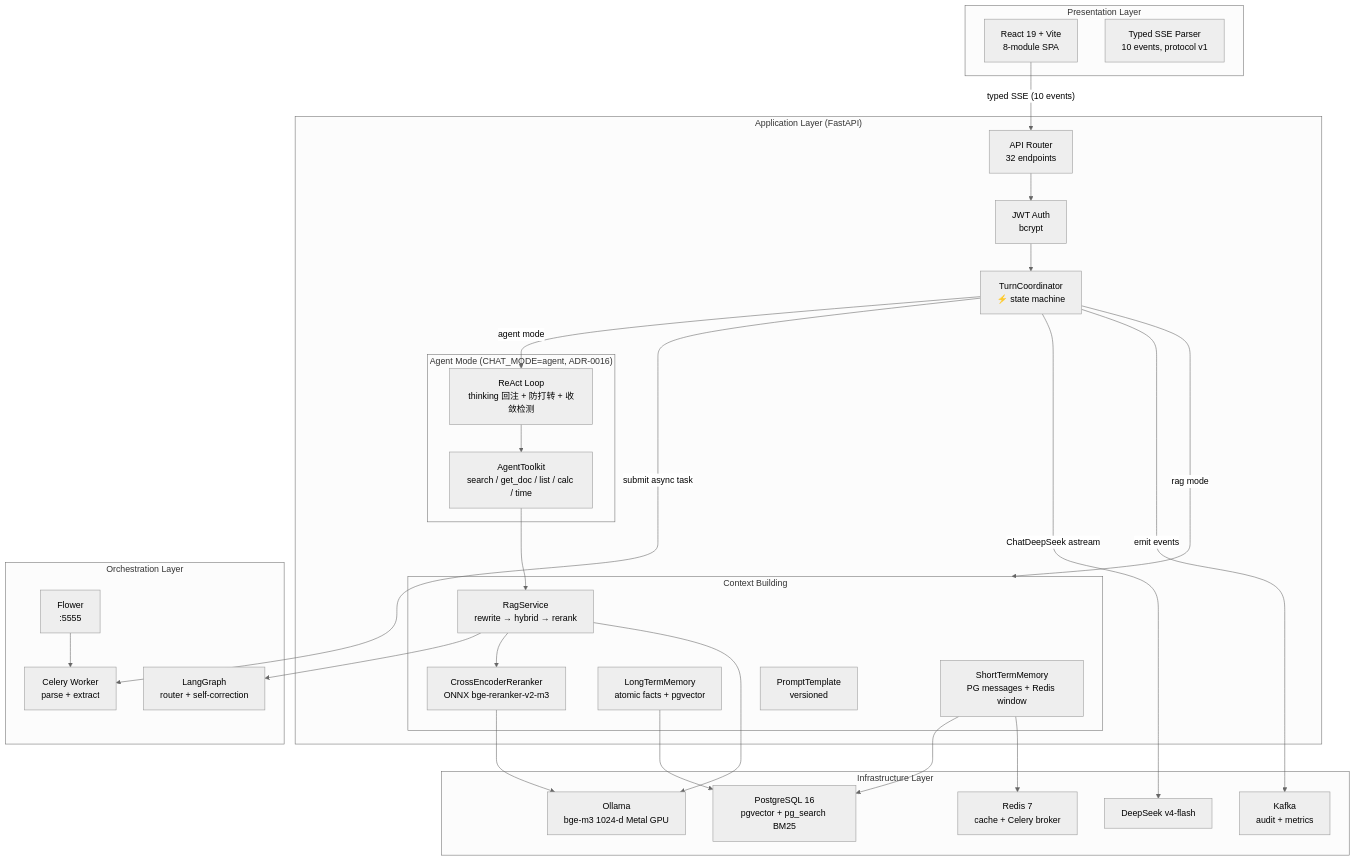
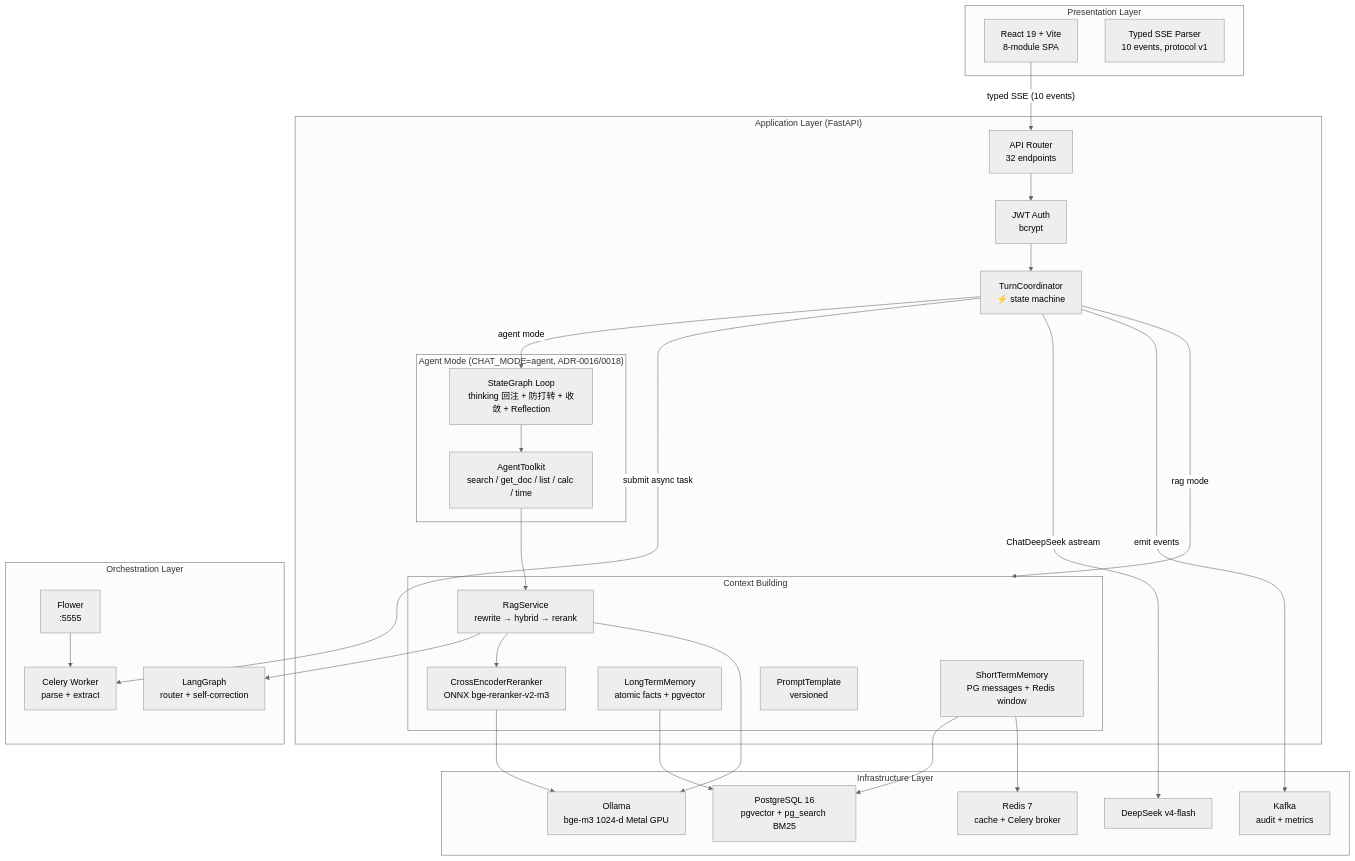
One commit to KevinDeng-0411/CodeAware changed the first of 5 diagrams in README.md. Above: the diagram before and after it, drawn with Mermaid (neutral theme). The commit also changed other lines of this file and 1 other file, not shown here.

First line of the commit message:
docs: README 中英更新到 LangGraph StateGraph 编排 + Reflection

````diff
--- a/README.md
+++ b/README.md
@@ -140,59 +140,59 @@
 ```mermaid
 graph TB
     subgraph Presentation["Presentation Layer"]
         React["React 19 + Vite<br/>8-module SPA"]
         SSE["Typed SSE Parser<br/>10 events, protocol v1"]
     end
 
     subgraph Application["Application Layer (FastAPI)"]
         Router["API Router<br/>32 endpoints"]
         Auth["JWT Auth<br/>bcrypt"]
         TC["TurnCoordinator<br/>⚡ state machine"]
 
         subgraph Context["Context Building"]
             STM["ShortTermMemory<br/>PG messages + Redis window"]
             LTM["LongTermMemory<br/>atomic facts + pgvector"]
             RAG["RagService<br/>rewrite → hybrid → rerank"]
             RR["CrossEncoderReranker<br/>ONNX bge-reranker-v2-m3"]
             PT["PromptTemplate<br/>versioned"]
         end
 
-        subgraph Agent["Agent Mode (CHAT_MODE=agent, ADR-0016)"]
-            RL["ReAct Loop<br/>thinking 回注 + 防打转 + 收敛检测"]
+        subgraph Agent["Agent Mode (CHAT_MODE=agent, ADR-0016/0018)"]
+            RL["StateGraph Loop<br/>thinking 回注 + 防打转 + 收敛 + Reflection"]
             AT["AgentToolkit<br/>search / get_doc / list / calc / time"]
         end
     end
 
     subgraph Orchestration["Orchestration Layer"]
         LG["LangGraph<br/>router + self-correction"]
         Celery["Celery Worker<br/>parse + extract"]
         Flower["Flower<br/>:5555"]
     end
 
     subgraph Infrastructure["Infrastructure Layer"]
         PG["PostgreSQL 16<br/>pgvector + pg_search BM25"]
         Redis["Redis 7<br/>cache + Celery broker"]
         Kafka["Kafka<br/>audit + metrics"]
         Ollama["Ollama<br/>bge-m3 1024-d Metal GPU"]
         DS["DeepSeek v4-flash"]
     end
 
     React -->|"typed SSE (10 events)"| Router
     Router --> Auth
     Auth --> TC
     TC -->|"rag mode"| Context
     TC -->|"agent mode"| RL
     RL --> AT
     AT --> RAG
     RAG --> LG
     RAG --> RR
     TC -->|"submit async task"| Celery
     Flower --> Celery
     STM --> PG
     STM --> Redis
     LTM --> PG
     RR --> Ollama
     RAG --> Ollama
     TC -->|"ChatDeepSeek astream"| DS
     TC -->|"emit events"| Kafka
 ```
````
